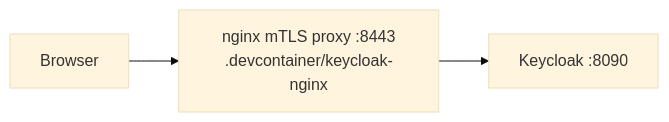
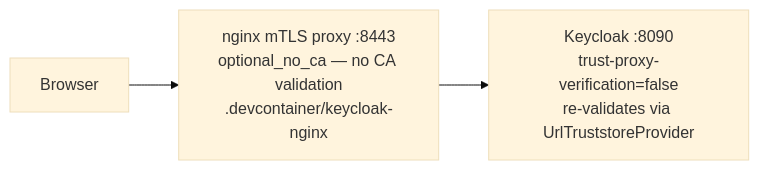
One commit to sequentech/step changed the second of 3 diagrams in docs/docusaurus/docs/07-developers/06-keycloak/x509_client_cert_architecture.md. Above: the diagram before and after it, drawn with Mermaid (base theme). The commit also changed other lines of this file and 2 other files, not shown here.

````diff
--- a/docs/docusaurus/docs/07-developers/06-keycloak/x509_client_cert_architecture.md
+++ b/docs/docusaurus/docs/07-developers/06-keycloak/x509_client_cert_architecture.md
@@ -76,5 +90,5 @@
 ```mermaid
 flowchart LR
-    B[Browser] --> N["nginx mTLS proxy :8443<br/>.devcontainer/keycloak-nginx"]
-    N --> KC[Keycloak :8090]
+    B[Browser] --> N["nginx mTLS proxy :8443<br/>optional_no_ca — no CA validation<br/>.devcontainer/keycloak-nginx"]
+    N --> KC["Keycloak :8090<br/>trust-proxy-verification=false<br/>re-validates via UrlTruststoreProvider"]
 ```
````
